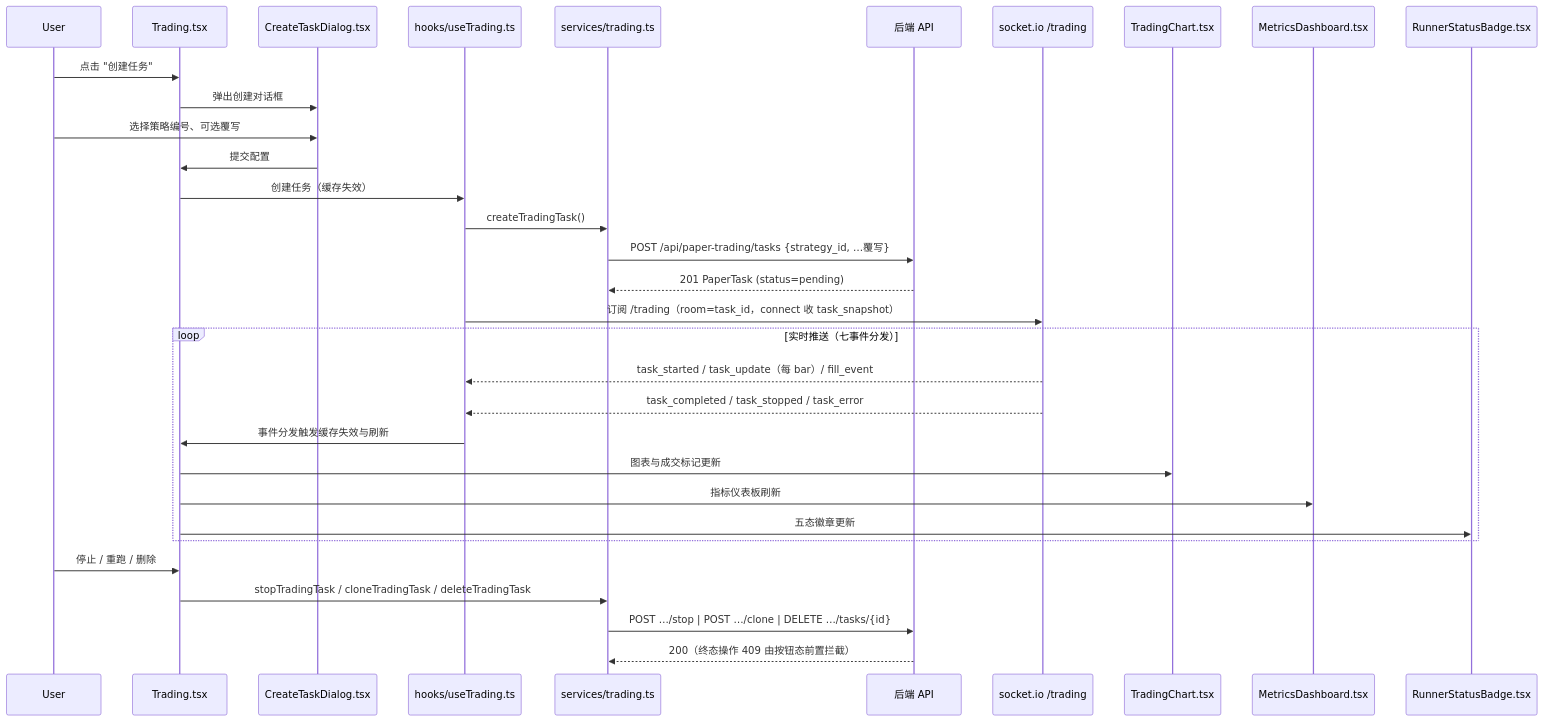
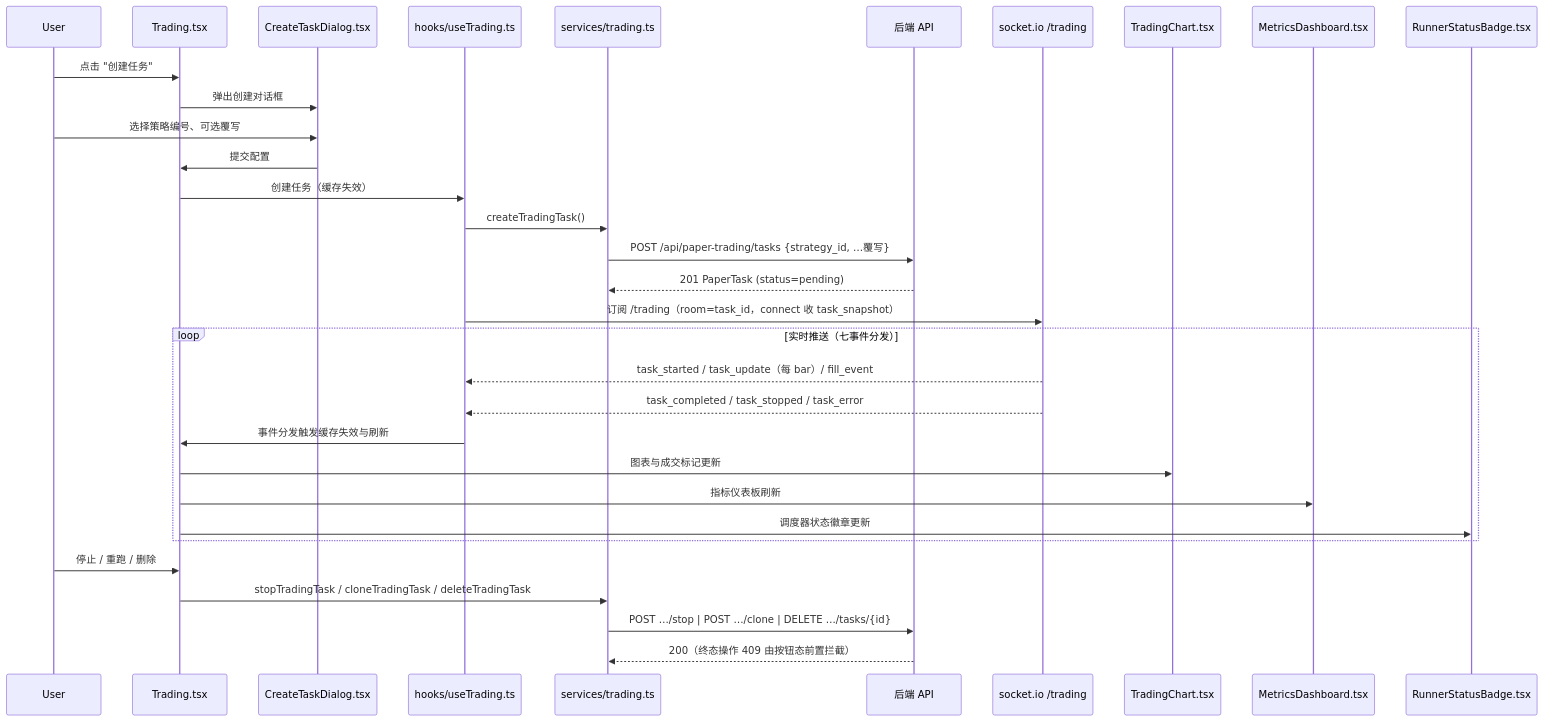
The diagram in docs/frontend/flows/模拟交易管理流程.md (shishan444/MyQuant), drawn with Mermaid before and after one commit. The commit also changed other lines of this file and 2 other files, not shown here.

````diff
--- a/docs/frontend/flows/模拟交易管理流程.md
+++ b/docs/frontend/flows/模拟交易管理流程.md
@@ -17,39 +17,39 @@
 ```mermaid
 sequenceDiagram
     participant User
     participant Trading as Trading.tsx
     participant CTD as CreateTaskDialog.tsx
     participant hTrade as hooks/useTrading.ts
     participant sTrade as services/trading.ts
     participant API as 后端 API
     participant RT as socket.io /trading
     participant Chart as TradingChart.tsx
     participant Metrics as MetricsDashboard.tsx
     participant Badge as RunnerStatusBadge.tsx
 
     User->>Trading: 点击 "创建任务"
     Trading->>CTD: 弹出创建对话框
     User->>CTD: 选择策略编号、可选覆写
     CTD->>Trading: 提交配置
 
     Trading->>hTrade: 创建任务（缓存失效）
     hTrade->>sTrade: createTradingTask()
     sTrade->>API: POST /api/paper-trading/tasks {strategy_id, …覆写}
     API-->>sTrade: 201 PaperTask (status=pending)
 
     hTrade->>RT: 订阅 /trading（room=task_id，connect 收 task_snapshot）
 
     loop 实时推送（七事件分发）
         RT-->>hTrade: task_started / task_update（每 bar）/ fill_event
         RT-->>hTrade: task_completed / task_stopped / task_error
         hTrade->>Trading: 事件分发触发缓存失效与刷新
         Trading->>Chart: 图表与成交标记更新
         Trading->>Metrics: 指标仪表板刷新
-        Trading->>Badge: 五态徽章更新
+        Trading->>Badge: 调度器状态徽章更新
     end
 
     User->>Trading: 停止 / 重跑 / 删除
     Trading->>sTrade: stopTradingTask / cloneTradingTask / deleteTradingTask
     sTrade->>API: POST …/stop | POST …/clone | DELETE …/tasks/{id}
     API-->>sTrade: 200（终态操作 409 由按钮态前置拦截）
 ```
````
